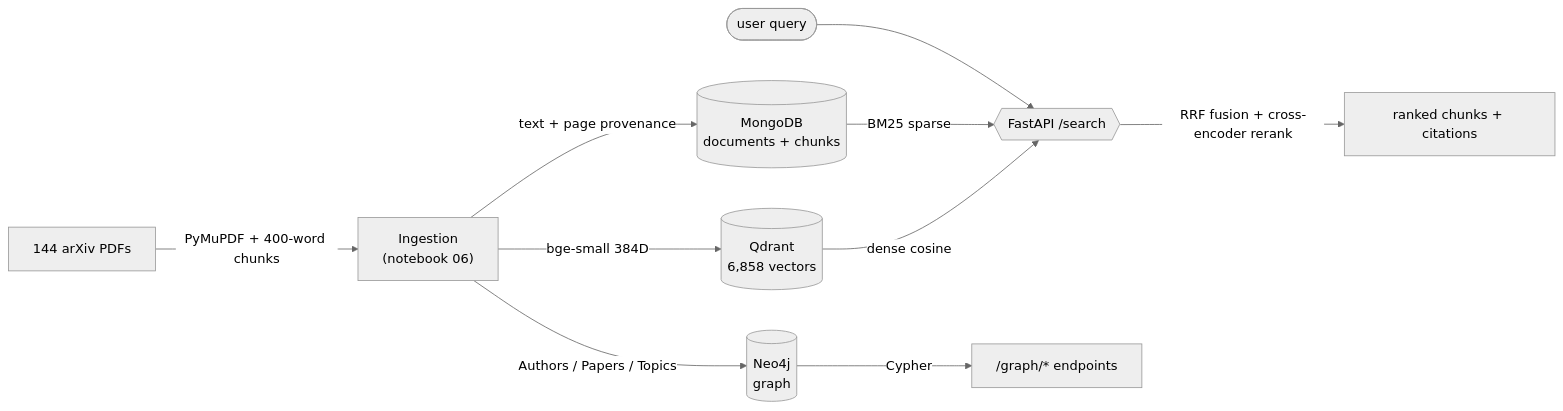
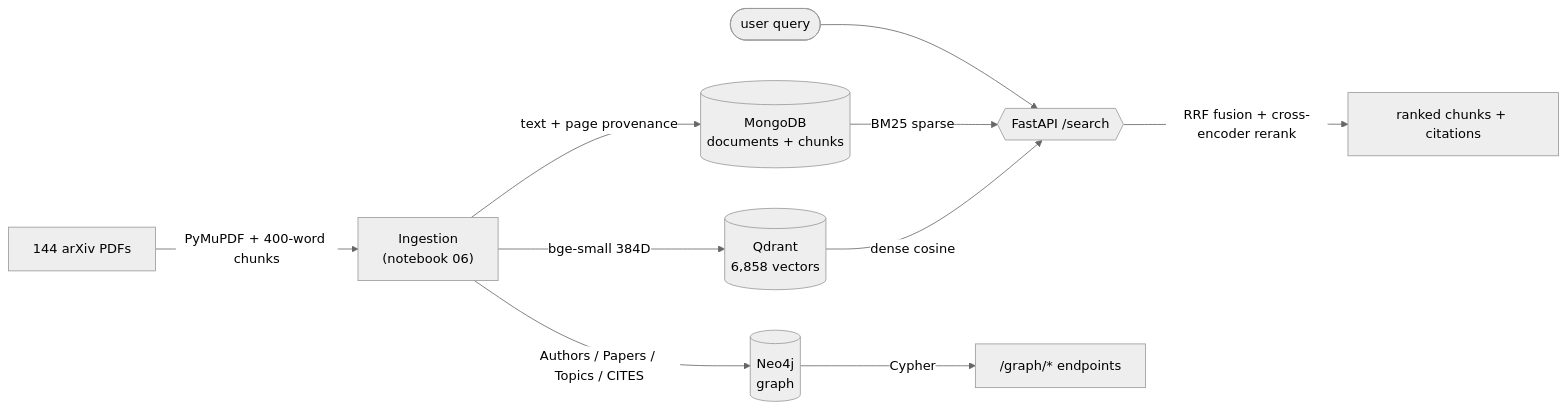
One commit to gamzeokmen/csai415-paper-rag changed the diagram in README.md. Above: the diagram before and after it, drawn with Mermaid (neutral theme).

Commit message:
Update graph section

````diff
--- a/README.md
+++ b/README.md
@@ -20,12 +20,12 @@
 ```mermaid
 flowchart LR
     PDFs["144 arXiv PDFs"] -->|"PyMuPDF + 400-word chunks"| Ingest["Ingestion<br/>(notebook 06)"]
     Ingest -->|"text + page provenance"| Mongo[("MongoDB<br/>documents + chunks")]
     Ingest -->|"bge-small 384D"| Qdrant[("Qdrant<br/>6,858 vectors")]
-    Ingest -->|"Authors / Papers / Topics"| Neo4j[("Neo4j<br/>graph")]
+    Ingest -->|"Authors / Papers / Topics / CITES"| Neo4j[("Neo4j<br/>graph")]
     Q(["user query"]) --> API{{"FastAPI /search"}}
     Mongo -->|"BM25 sparse"| API
     Qdrant -->|"dense cosine"| API
     API -->|"RRF fusion + cross-encoder rerank"| Out["ranked chunks + citations"]
     Neo4j -->|"Cypher"| G["/graph/* endpoints"]
 ```
````
